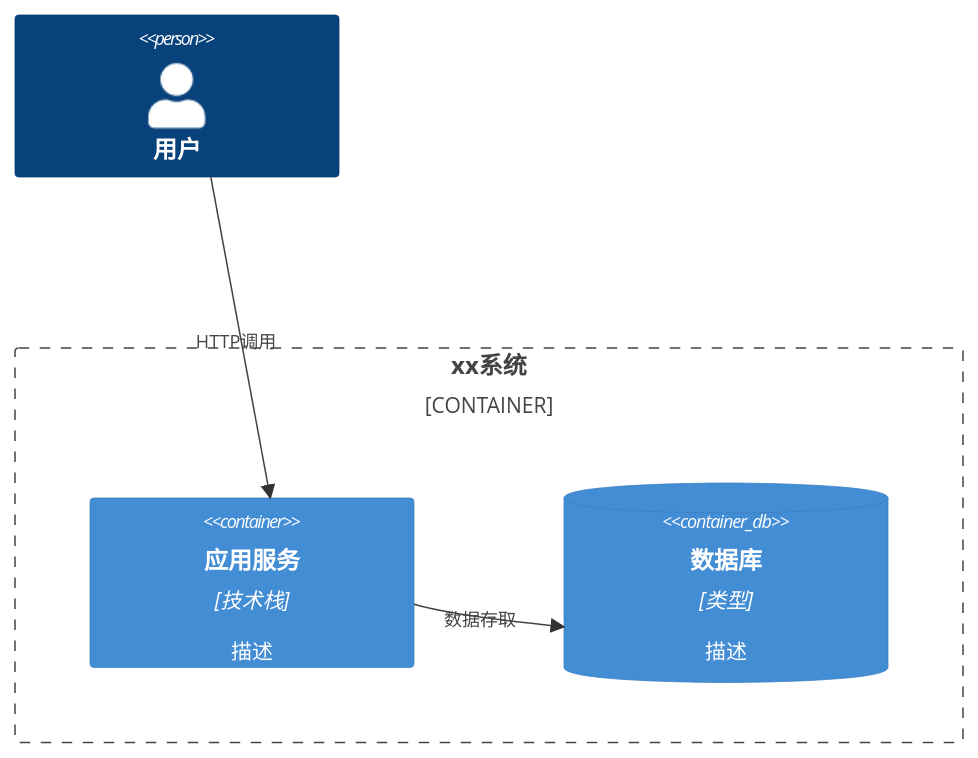
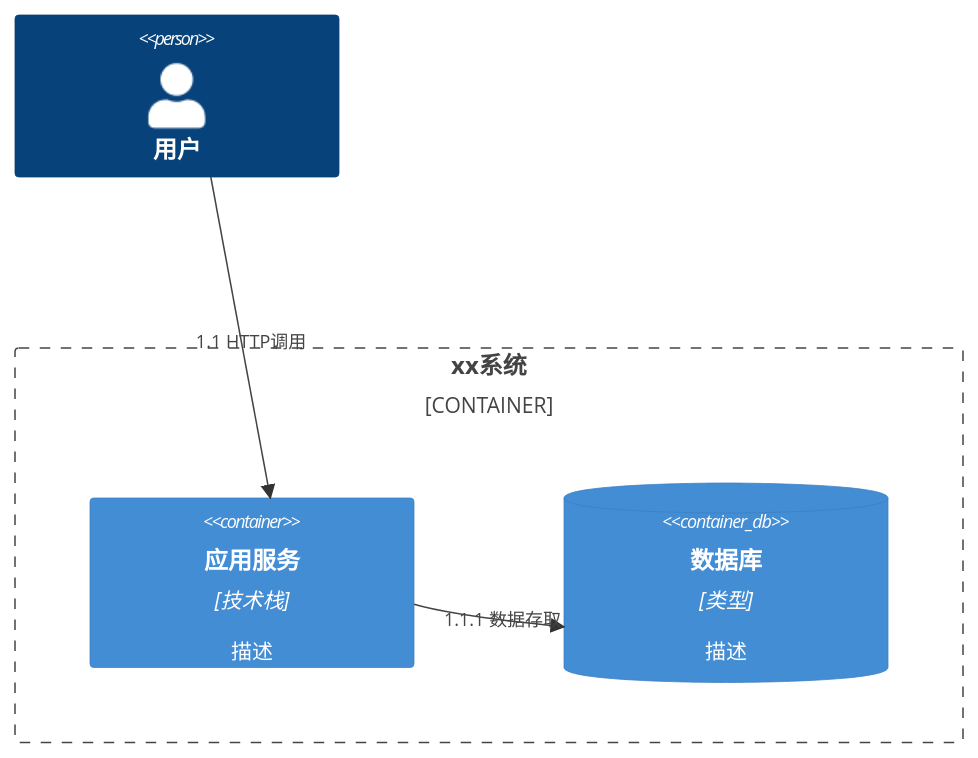
One commit to oleewen/ai-master changed the third of 7 diagrams in .cursor/rules/architecture-design-guidelines.mdc. Above: the diagram before and after it, drawn with Mermaid. The commit also changed other lines of this file and 1 other file, not shown here.

````diff
--- a/.cursor/rules/architecture-design-guidelines.mdc
+++ b/.cursor/rules/architecture-design-guidelines.mdc
@@ -76,14 +97,14 @@
 ```mermaid
 C4Container
     Person(user, "用户")
 
     Container_Boundary(c1, "xx系统") {
         Container(app, "应用服务", "技术栈", "描述")
         ContainerDb(db, "数据库", "类型", "描述")
     }
 
-    Rel_D(user, app, "HTTP调用")
+    Rel_D(user, app, "1.1 HTTP调用")
     UpdateRelStyle(user, app, $offsetX="-30", $offsetY="0")
-    Rel_D(app, db, "数据存取")
+    Rel_D(app, db, "1.1.1 数据存取")
     UpdateRelStyle(app, db, $offsetX="-30", $offsetY="0")
 ```
````
